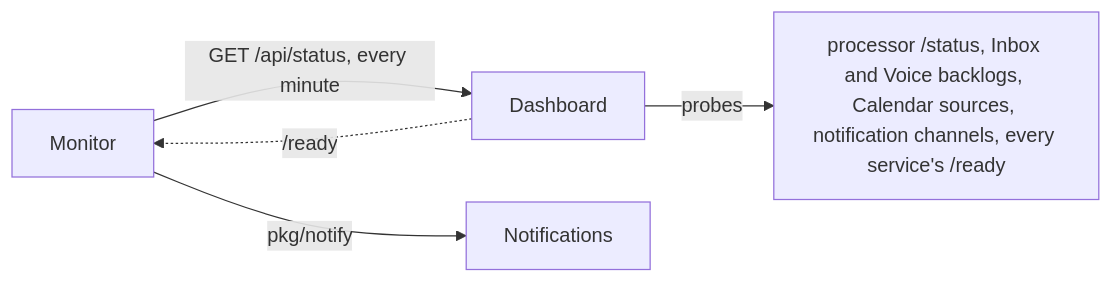
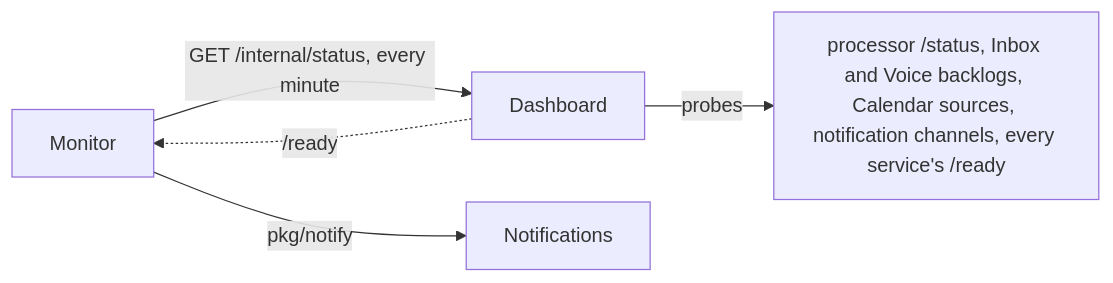
One commit to GAMch1k/life-os changed the diagram in docs/services/monitor.md. Above: the diagram before and after it, drawn with Mermaid. The commit also changed other lines of this file and 19 other files, not shown here.

````diff
--- a/docs/services/monitor.md
+++ b/docs/services/monitor.md
@@ -5,7 +5,7 @@
 ```mermaid
 flowchart LR
-  Monitor -- "GET /api/status, every minute" --> Dashboard
+  Monitor -- "GET /internal/status, every minute" --> Dashboard
   Dashboard -- "probes" --> Sources["processor /status, Inbox and Voice backlogs, Calendar sources, notification channels, every service's /ready"]
   Monitor -- "pkg/notify" --> Notifications
   Dashboard -. "/ready" .-> Monitor
 ```
````
